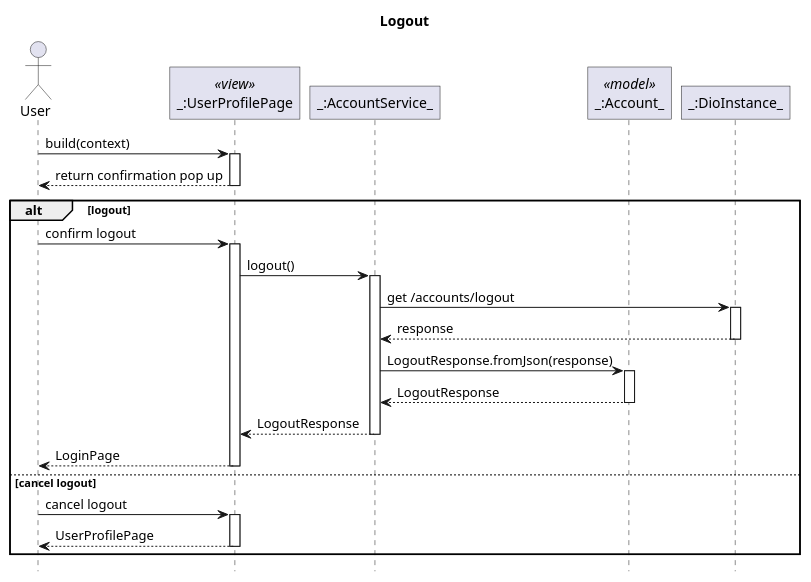
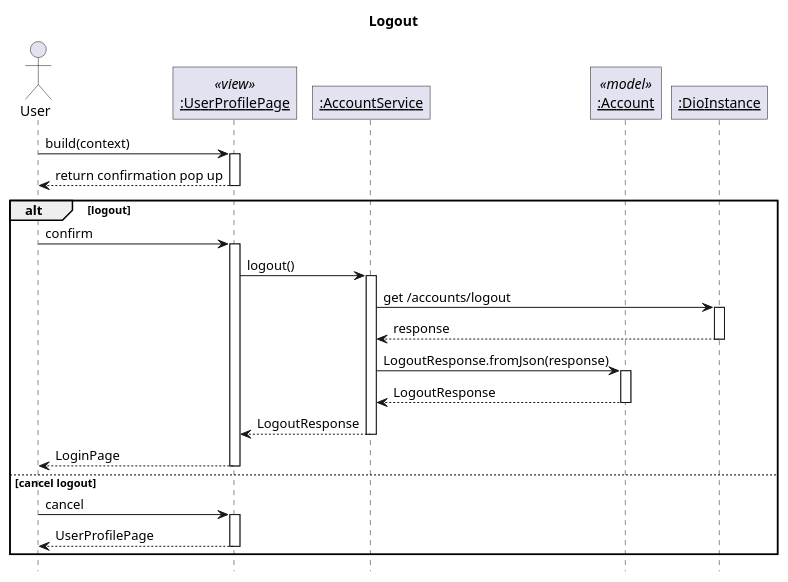
Before and after one commit to sharoncedila/FO_woofers: the diagram in lib/plantuml/sequence/account/logout.puml, drawn with PlantUML. The commit also changed 30 other files, not shown here.

Commit message:
added all sequence diagram

```diff
--- a/lib/plantuml/sequence/account/logout.puml
+++ b/lib/plantuml/sequence/account/logout.puml
@@ -1,38 +1,38 @@
 @startuml Logout
 ' Global param
 title Logout
 autoactivate on
 
 ' Global style configuration
 skinparam RoundCorner 0
 hide footbox
 
 ' Sequence participant configuration
 actor User
-participant "_:UserProfilePage" as Page <<view>>
-participant "_:AccountService_" as Service
-participant "_:Account_" as Model <<model>>
-participant "_:DioInstance_" as Dio
+participant "__:UserProfilePage__" as Page <<view>>
+participant "__:AccountService__" as Service
+participant "__:Account__" as Model <<model>>
+participant "__:DioInstance__" as Dio
 
 
 ' Sequence diagram
 User -> Page: build(context)
 User <-- Page: return confirmation pop up
 alt logout
-User -> Page: confirm logout
+User -> Page: confirm
 Page -> Service: logout()
 Service -> Dio: get /accounts/logout
 Service <-- Dio: response
 Service -> Model: LogoutResponse.fromJson(response)
 Service <-- Model: LogoutResponse
 Page <-- Service: LogoutResponse
 User <-- Page: LoginPage
 else cancel logout
-User -> Page: cancel logout
+User -> Page: cancel
 User <-- Page: UserProfilePage
 end
 
 
 
 
 @enduml
```
